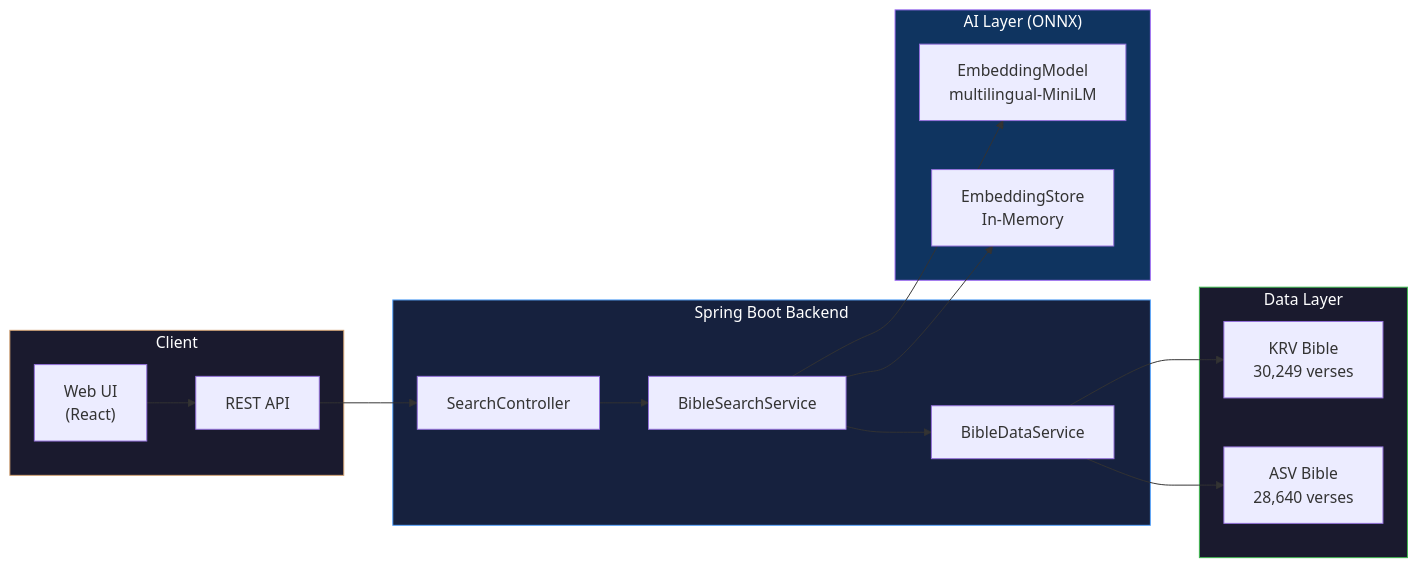
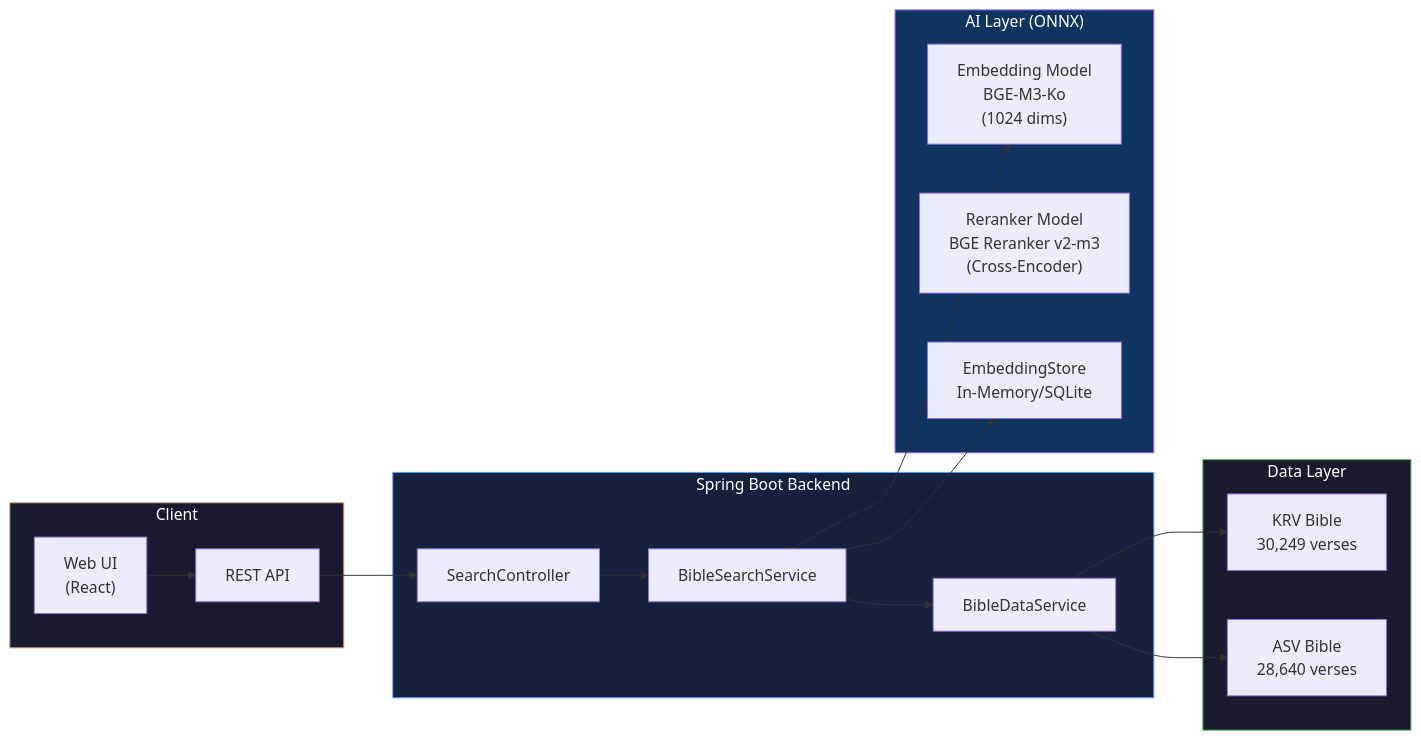
Before and after one commit to nicechester/bible-search: the third of 5 diagrams in README.md, drawn with Mermaid. The commit also changed other lines of this file, not shown here.

Commit message:
docs: update README with BGE Reranker v2-m3 integration details

````diff
--- a/README.md
+++ b/README.md
@@ -131,37 +129,38 @@
 ```mermaid
 flowchart LR
     subgraph Client["Client"]
         UI["Web UI<br/>(React)"]
         API["REST API"]
     end
 
     subgraph Backend["Spring Boot Backend"]
         SC["SearchController"]
         BSS["BibleSearchService"]
         BDS["BibleDataService"]
     end
 
     subgraph AI["AI Layer (ONNX)"]
-        EM["EmbeddingModel<br/>multilingual-MiniLM"]
-        ES["EmbeddingStore<br/>In-Memory"]
+        EM["Embedding Model<br/>BGE-M3-Ko<br/>(1024 dims)"]
+        RR["Reranker Model<br/>BGE Reranker v2-m3<br/>(Cross-Encoder)"]
+        ES["EmbeddingStore<br/>In-Memory/SQLite"]
     end
 
     subgraph Data["Data Layer"]
         KRV["KRV Bible<br/>30,249 verses"]
         ASV["ASV Bible<br/>28,640 verses"]
     end
 
     UI --> API
     API --> SC
     SC --> BSS
     BSS --> EM
     BSS --> ES
     BSS --> BDS
     BDS --> KRV
     BDS --> ASV
 
     style Client fill:#1a1a2e,stroke:#d4a373,color:#fff
     style Backend fill:#16213e,stroke:#58a6ff,color:#fff
     style AI fill:#0f3460,stroke:#a371f7,color:#fff
     style Data fill:#1a1a2e,stroke:#3fb950,color:#fff
 ```
````
